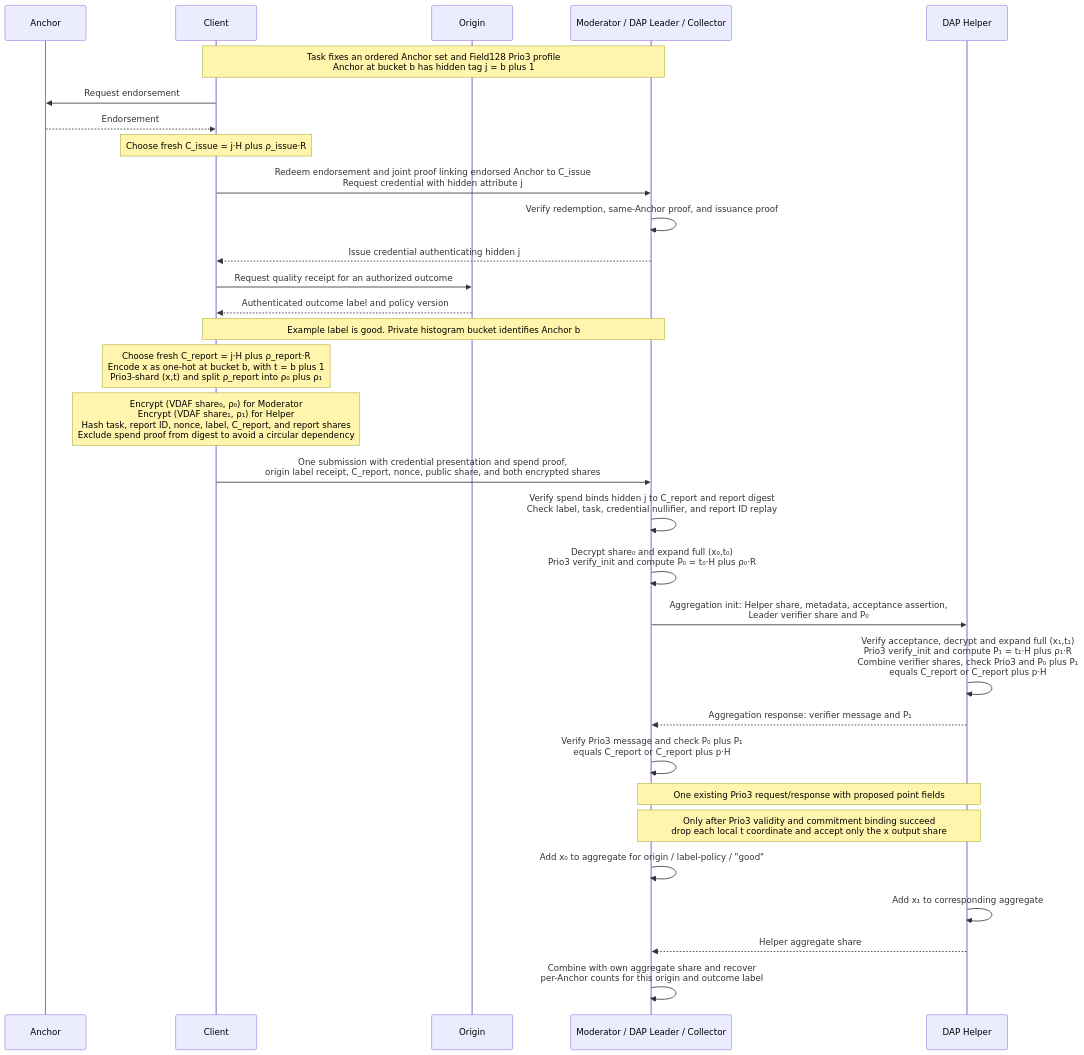
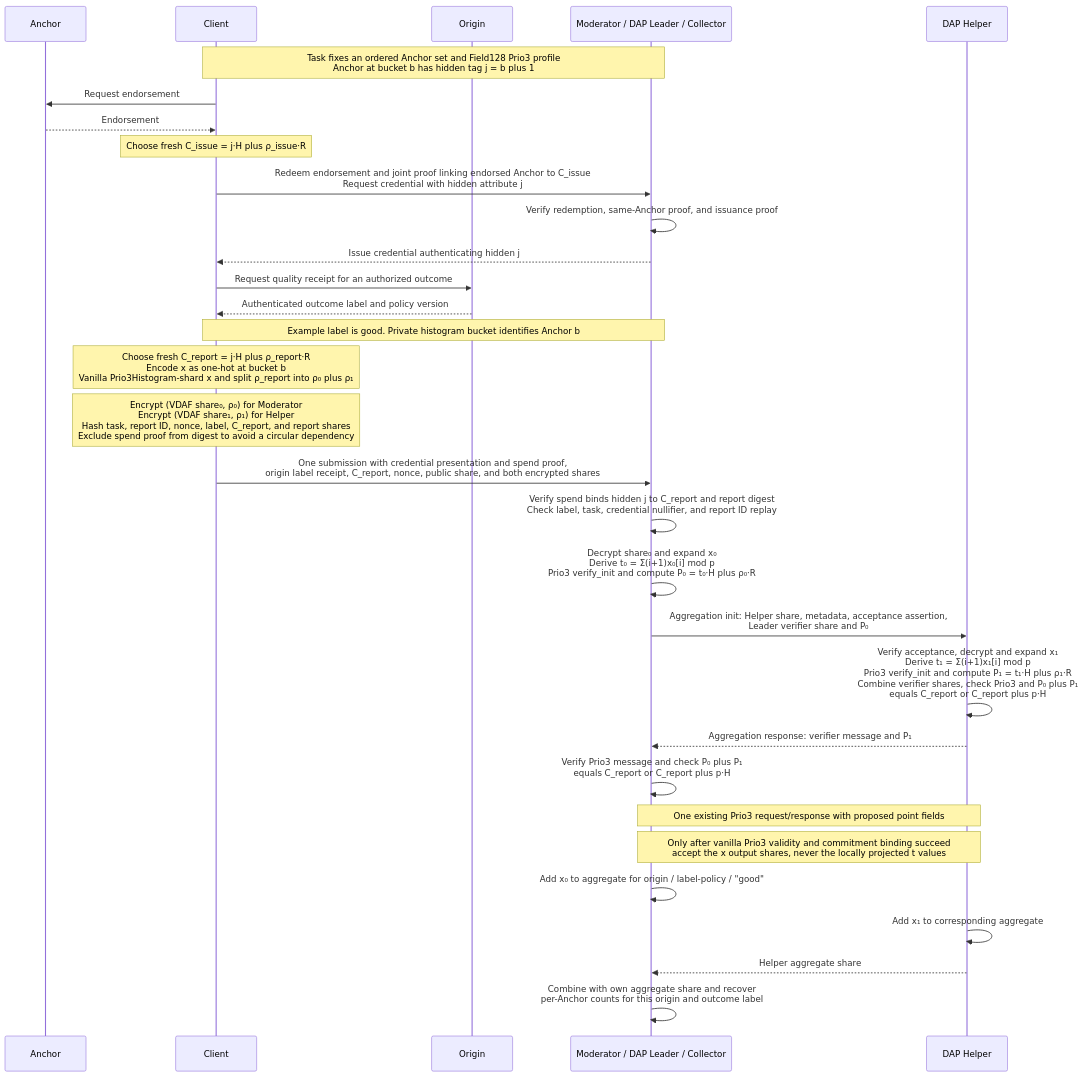
One commit to chris-wood/mole-reporting changed the diagram in quality-report-sequence.mmd. Above: the diagram before and after it, drawn with Mermaid. The commit also changed 7 other files, not shown here.

Commit message:
Use vanilla Histogram for Anchor-bound reports

```diff
--- a/quality-report-sequence.mmd
+++ b/quality-report-sequence.mmd
@@ -1,39 +1,39 @@
 sequenceDiagram
     participant A as Anchor
     participant C as Client
     participant O as Origin
     participant M as Moderator / DAP Leader / Collector
     participant H as DAP Helper
 
     Note over C,M: Task fixes an ordered Anchor set and Field128 Prio3 profile<br/>Anchor at bucket b has hidden tag j = b plus 1
 
     C->>A: Request endorsement
     A-->>C: Endorsement
 
     Note over C: Choose fresh C_issue = j·H plus ρ_issue·R
     C->>M: Redeem endorsement and joint proof linking endorsed Anchor to C_issue<br/>Request credential with hidden attribute j
     M->>M: Verify redemption, same-Anchor proof, and issuance proof
     M-->>C: Issue credential authenticating hidden j
 
     C->>O: Request quality receipt for an authorized outcome
     O-->>C: Authenticated outcome label and policy version
     Note over C,M: Example label is good. Private histogram bucket identifies Anchor b
 
-    Note over C: Choose fresh C_report = j·H plus ρ_report·R<br/>Encode x as one-hot at bucket b, with t = b plus 1<br/>Prio3-shard (x,t) and split ρ_report into ρ₀ plus ρ₁
+    Note over C: Choose fresh C_report = j·H plus ρ_report·R<br/>Encode x as one-hot at bucket b<br/>Vanilla Prio3Histogram-shard x and split ρ_report into ρ₀ plus ρ₁
     Note over C: Encrypt (VDAF share₀, ρ₀) for Moderator<br/>Encrypt (VDAF share₁, ρ₁) for Helper<br/>Hash task, report ID, nonce, label, C_report, and report shares<br/>Exclude spend proof from digest to avoid a circular dependency
 
     C->>M: One submission with credential presentation and spend proof,<br/>origin label receipt, C_report, nonce, public share, and both encrypted shares
     M->>M: Verify spend binds hidden j to C_report and report digest<br/>Check label, task, credential nullifier, and report ID replay
-    M->>M: Decrypt share₀ and expand full (x₀,t₀)<br/>Prio3 verify_init and compute P₀ = t₀·H plus ρ₀·R
+    M->>M: Decrypt share₀ and expand x₀<br/>Derive t₀ = Σ(i+1)x₀[i] mod p<br/>Prio3 verify_init and compute P₀ = t₀·H plus ρ₀·R
     M->>H: Aggregation init: Helper share, metadata, acceptance assertion,<br/>Leader verifier share and P₀
-    H->>H: Verify acceptance, decrypt and expand full (x₁,t₁)<br/>Prio3 verify_init and compute P₁ = t₁·H plus ρ₁·R<br/>Combine verifier shares, check Prio3 and P₀ plus P₁<br/>equals C_report or C_report plus p·H
+    H->>H: Verify acceptance, decrypt and expand x₁<br/>Derive t₁ = Σ(i+1)x₁[i] mod p<br/>Prio3 verify_init and compute P₁ = t₁·H plus ρ₁·R<br/>Combine verifier shares, check Prio3 and P₀ plus P₁<br/>equals C_report or C_report plus p·H
     H-->>M: Aggregation response: verifier message and P₁
     M->>M: Verify Prio3 message and check P₀ plus P₁<br/>equals C_report or C_report plus p·H
     Note over M,H: One existing Prio3 request/response with proposed point fields
 
-    Note over M,H: Only after Prio3 validity and commitment binding succeed<br/>drop each local t coordinate and accept only the x output share
+    Note over M,H: Only after vanilla Prio3 validity and commitment binding succeed<br/>accept the x output shares, never the locally projected t values
     M->>M: Add x₀ to aggregate for origin / label-policy / "good"
     H->>H: Add x₁ to corresponding aggregate
 
     H-->>M: Helper aggregate share
     M->>M: Combine with own aggregate share and recover<br/>per-Anchor counts for this origin and outcome label
```
